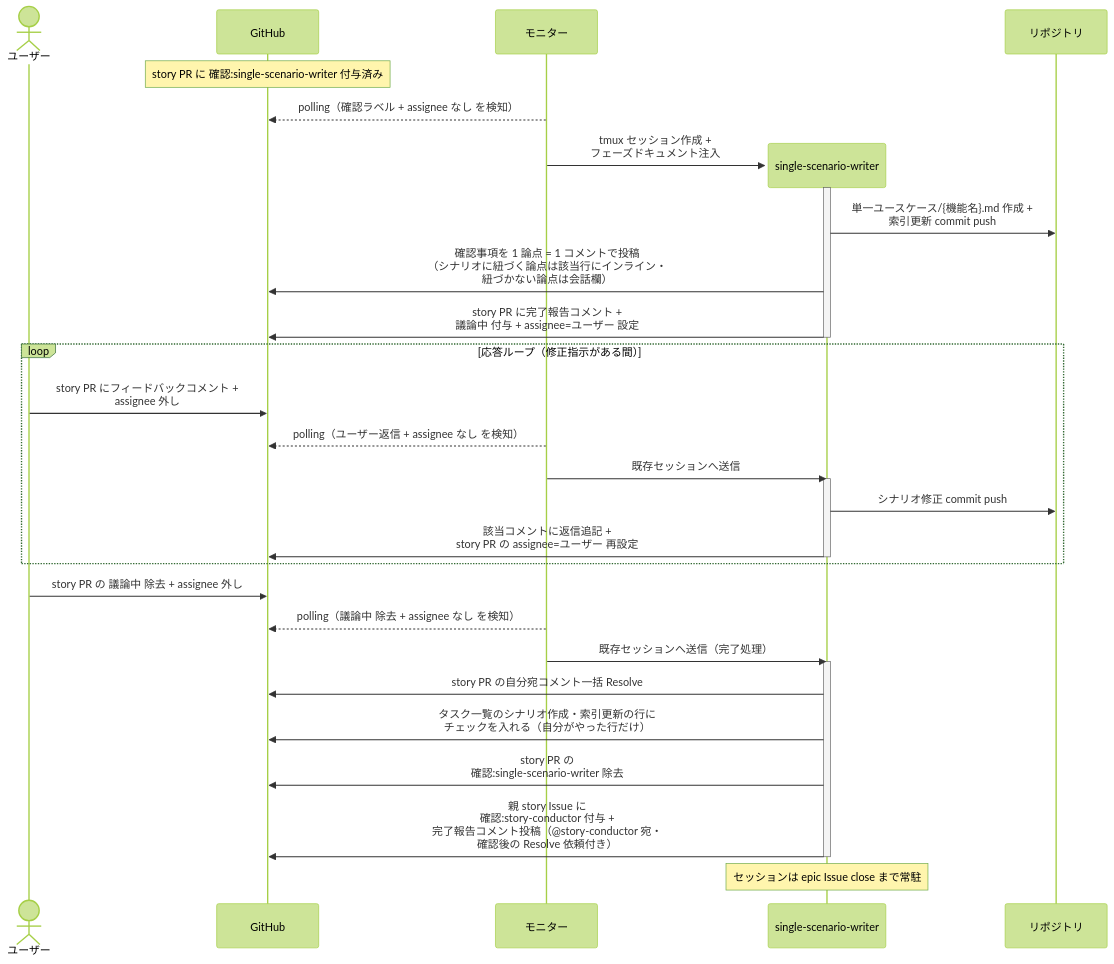
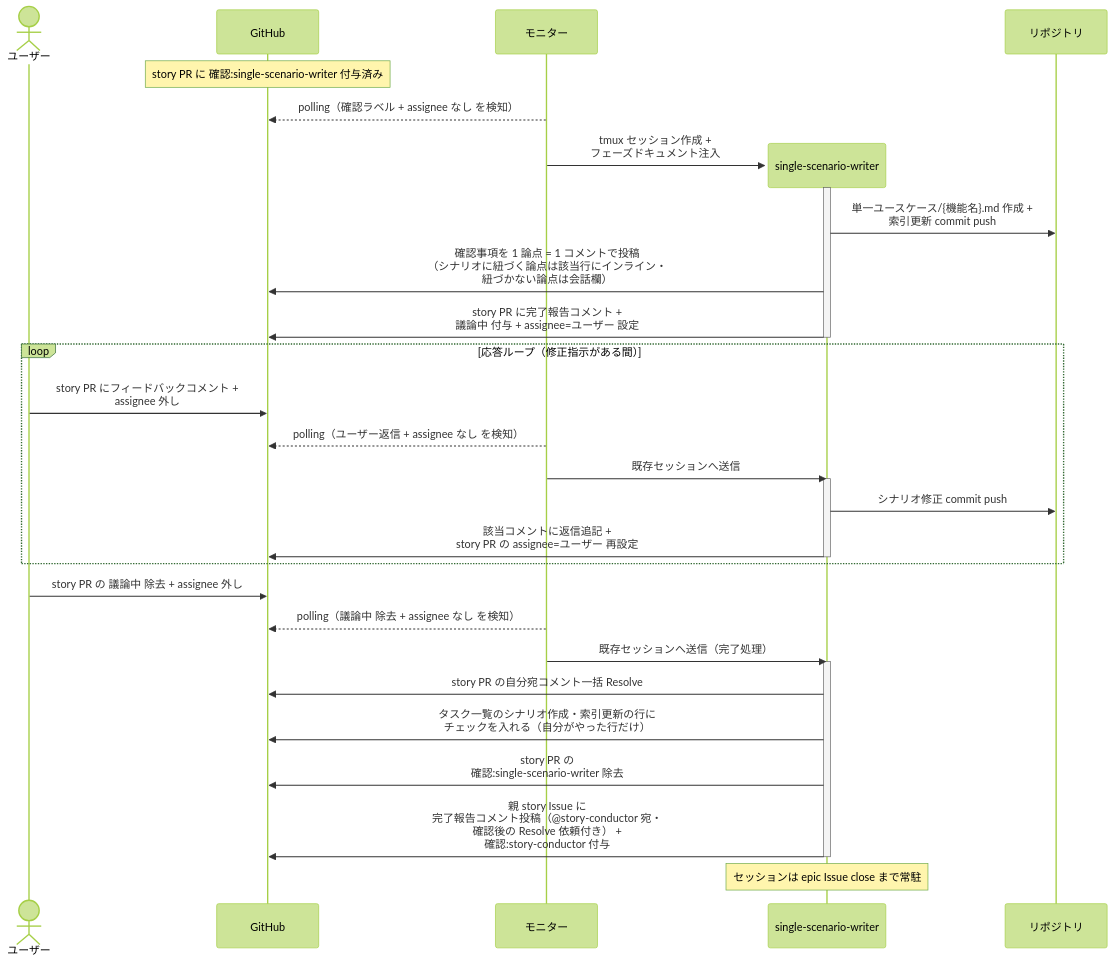
One commit to shuhei1101/ai-monitor changed the first of 3 diagrams in docs/wiki/設計図/シナリオ/単一ユースケース/単一シナリオ設計.md. Above: the diagram before and after it, drawn with Mermaid (forest theme). The commit also changed other lines of this file and 29 other files, not shown here.

````diff
--- a/docs/wiki/設計図/シナリオ/単一ユースケース/単一シナリオ設計.md
+++ b/docs/wiki/設計図/シナリオ/単一ユースケース/単一シナリオ設計.md
@@ -26,38 +26,38 @@
 ```mermaid
 sequenceDiagram
   actor U as ユーザー
   participant GH as GitHub
   participant ORC as モニター
 
   Note over GH: story PR に 確認:single-scenario-writer 付与済み
   ORC-->>GH: polling（確認ラベル + assignee なし を検知）
   create participant MON as single-scenario-writer
   ORC->>MON: tmux セッション作成 +<br>フェーズドキュメント注入
   participant REPO as リポジトリ
   activate MON
   MON->>REPO: 単一ユースケース/{機能名}.md 作成 +<br>索引更新 commit push
   MON->>GH: 確認事項を 1 論点 = 1 コメントで投稿<br>（シナリオに紐づく論点は該当行にインライン・<br>紐づかない論点は会話欄）
   MON->>GH: story PR に完了報告コメント +<br>議論中 付与 + assignee=ユーザー 設定
   deactivate MON
 
   loop 応答ループ（修正指示がある間）
     U->>GH: story PR にフィードバックコメント +<br>assignee 外し
     ORC-->>GH: polling（ユーザー返信 + assignee なし を検知）
     ORC->>MON: 既存セッションへ送信
     activate MON
     MON->>REPO: シナリオ修正 commit push
     MON->>GH: 該当コメントに返信追記 +<br>story PR の assignee=ユーザー 再設定
     deactivate MON
   end
 
   U->>GH: story PR の 議論中 除去 + assignee 外し
   ORC-->>GH: polling（議論中 除去 + assignee なし を検知）
   ORC->>MON: 既存セッションへ送信（完了処理）
   activate MON
   MON->>GH: story PR の自分宛コメント一括 Resolve
   MON->>GH: タスク一覧のシナリオ作成・索引更新の行に<br>チェックを入れる（自分がやった行だけ）
   MON->>GH: story PR の<br>確認:single-scenario-writer 除去
-  MON->>GH: 親 story Issue に<br>確認:story-conductor 付与 +<br>完了報告コメント投稿（@story-conductor 宛・<br>確認後の Resolve 依頼付き）
+  MON->>GH: 親 story Issue に<br>完了報告コメント投稿（@story-conductor 宛・<br>確認後の Resolve 依頼付き） +<br>確認:story-conductor 付与
   deactivate MON
   Note over MON: セッションは epic Issue close まで常駐
 ```
````
